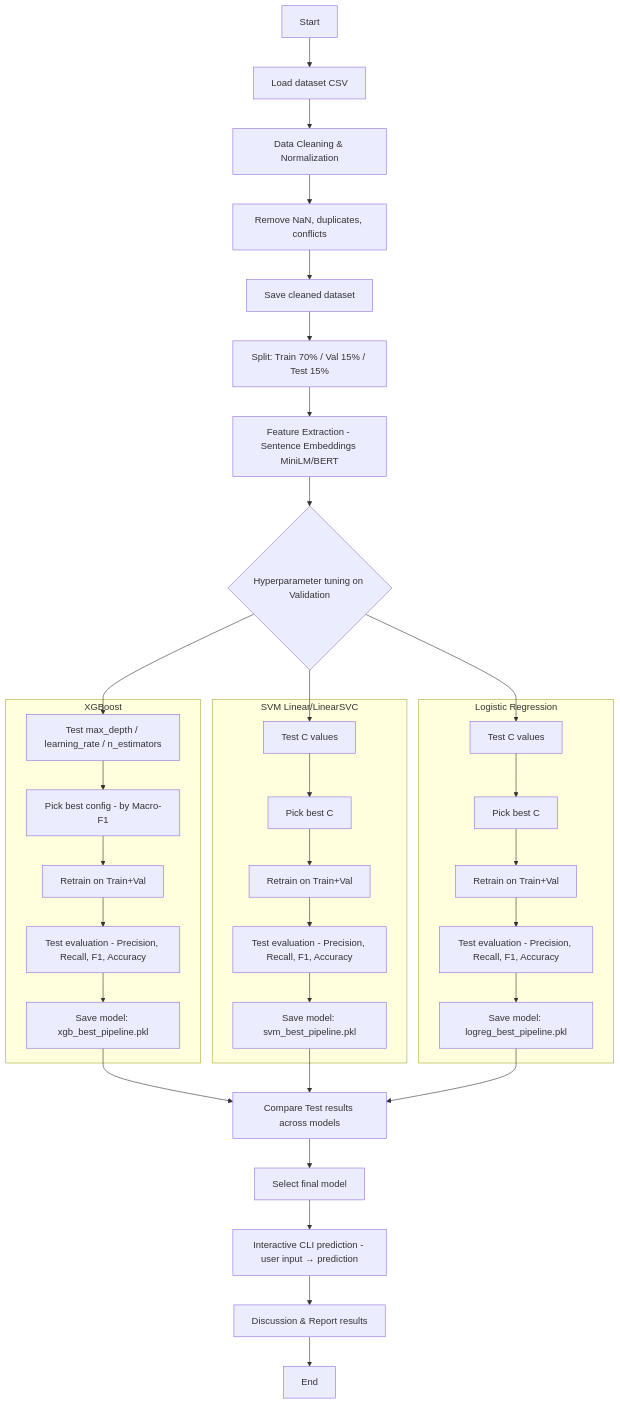
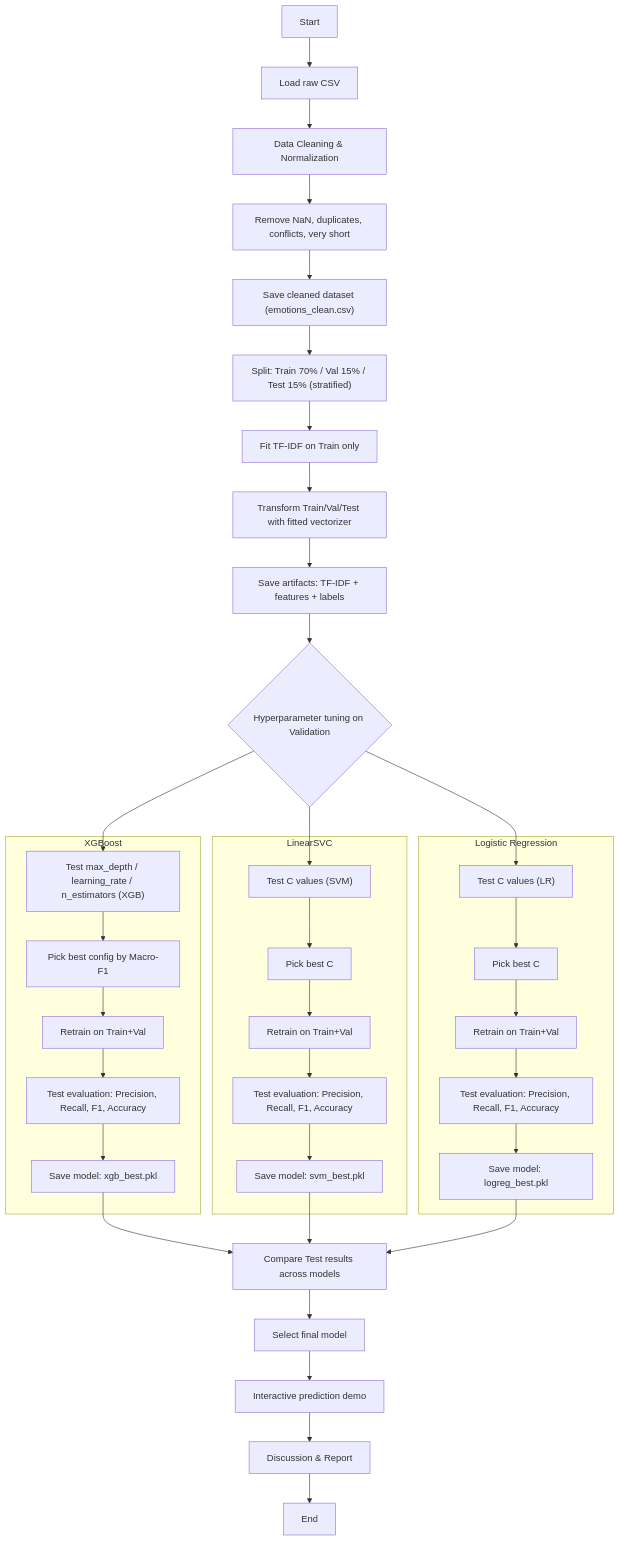
One commit to jeffwgg/Ass-MachineLearning changed the diagram in flowchart.mmd. Above: the diagram before and after it, drawn with Mermaid. The commit also changed 11 other files, not shown here.

```diff
--- a/flowchart.mmd
+++ b/flowchart.mmd
@@ -1,40 +1,43 @@
 flowchart TB
-A[Start] --> B[Load dataset CSV]
+A[Start] --> B[Load raw CSV]
 B --> C[Data Cleaning & Normalization]
-C --> D[Remove NaN, duplicates, conflicts]
-D --> E[Save cleaned dataset]
-E --> F[Split: Train 70% / Val 15% / Test 15%]
-F --> FE[Feature Extraction - Sentence Embeddings MiniLM/BERT]
-FE --> G{Hyperparameter tuning on Validation}
-    G --> X1[Test max_depth / learning_rate / n_estimators]
-    G --> S1[Test C values]
-    G --> L1[Test C values]
+C --> D[Remove NaN, duplicates, conflicts, very short]
+D --> E["Save cleaned dataset (emotions_clean.csv)"]
+E --> F["Split: Train 70% / Val 15% / Test 15% (stratified)"]
+F --> G[Fit TF-IDF on Train only]
+G --> H[Transform Train/Val/Test with fitted vectorizer]
+H --> I[Save artifacts: TF-IDF + features + labels]
+
+I --> J{Hyperparameter tuning on Validation}
+    J --> X1["Test max_depth / learning_rate / n_estimators (XGB)"]
+    J --> S1["Test C values (SVM)"]
+    J --> L1["Test C values (LR)"]
 
 subgraph XGB[XGBoost]
-    X1 --> X2[Pick best config - by Macro-F1]
+    X1 --> X2[Pick best config by Macro-F1]
     X2 --> X3[Retrain on Train+Val]
-    X3 --> X4[Test evaluation - Precision, Recall, F1, Accuracy]
-    X4 --> X5[Save model: xgb_best_pipeline.pkl]
+    X3 --> X4[Test evaluation: Precision, Recall, F1, Accuracy]
+    X4 --> X5[Save model: xgb_best.pkl]
 end
 
-subgraph SVM[SVM Linear/LinearSVC]
+subgraph SVM[LinearSVC]
     S1 --> S2[Pick best C]
     S2 --> S3[Retrain on Train+Val]
-    S3 --> S4[Test evaluation - Precision, Recall, F1, Accuracy]
-    S4 --> S5[Save model: svm_best_pipeline.pkl]
+    S3 --> S4[Test evaluation: Precision, Recall, F1, Accuracy]
+    S4 --> S5[Save model: svm_best.pkl]
 end
 
 subgraph LR[Logistic Regression]
     L1 --> L2[Pick best C]
     L2 --> L3[Retrain on Train+Val]
-    L3 --> L4[Test evaluation - Precision, Recall, F1, Accuracy]
-    L4 --> L5[Save model: logreg_best_pipeline.pkl]
+    L3 --> L4[Test evaluation: Precision, Recall, F1, Accuracy]
+    L4 --> L5[Save model: logreg_best.pkl]
 end
 
 X5 --> Z[Compare Test results across models]
 S5 --> Z
 L5 --> Z
 Z --> AA[Select final model]
-AA --> AB[Interactive CLI prediction - user input → prediction]
-AB --> AC[Discussion & Report results]
+AA --> AB[Interactive prediction demo]
+AB --> AC[Discussion & Report]
 AC --> AD[End]
```
